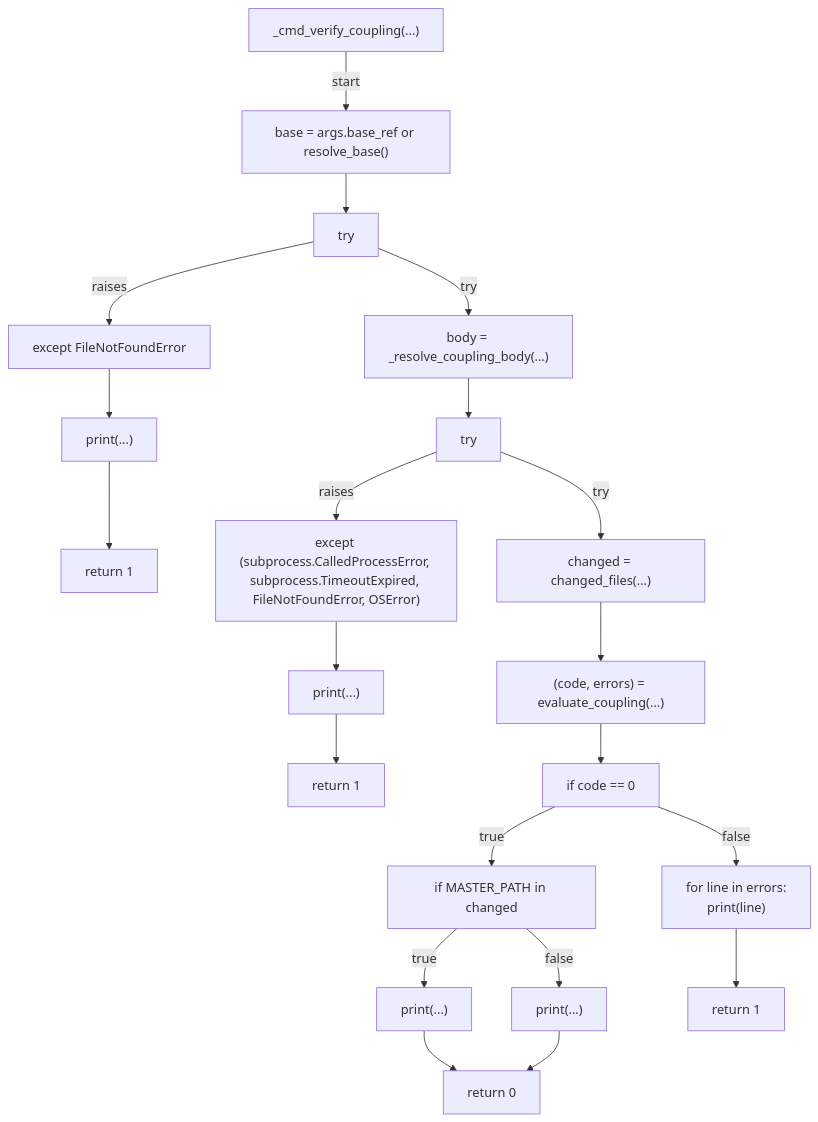
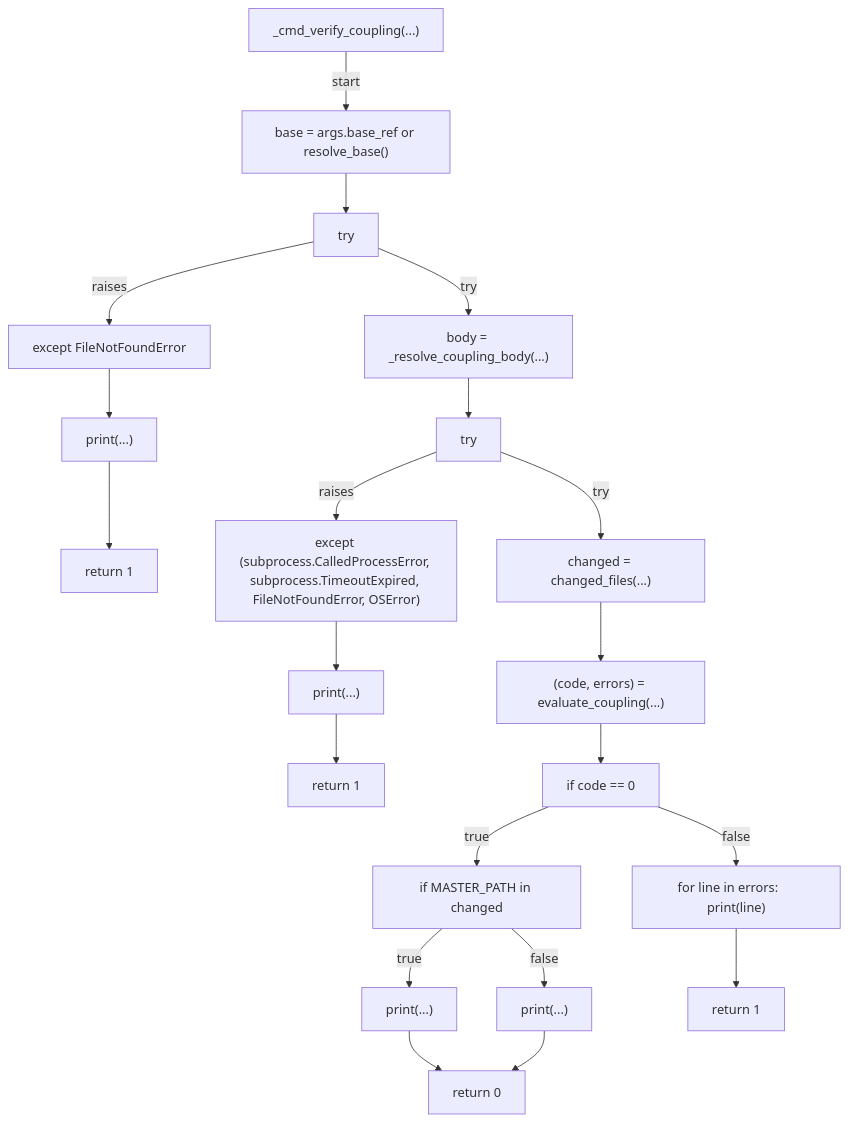
One commit to tvna/claude-md changed diagram 17 of 20 in docs/generated/scripts/ast/scan_design_philosophy_drift.md. Above: the diagram before and after it, drawn with Mermaid. The commit also changed other lines of this file and 29 other files, not shown here.

First line of the commit message:
docs(generated): regenerate decision tree and workflow diagrams (batch 3/5)

````diff
--- a/docs/generated/scripts/ast/scan_design_philosophy_drift.md
+++ b/docs/generated/scripts/ast/scan_design_philosophy_drift.md
@@ -370,44 +332,43 @@
 ```mermaid
 flowchart TD
     N001["_cmd_verify_coupling(...)"]
     N002["base = args.base_ref or resolve_base()"]
     N003["try"]
     N004["body = _resolve_coupling_body(...)"]
     N005["except FileNotFoundError"]
     N006["print(...)"]
     N007["return 1"]
     N008["try"]
     N009["changed = changed_files(...)"]
     N010["except (subprocess.CalledProcessError, subprocess.TimeoutExpired, FileNotFoundError, OSError)"]
     N011["print(...)"]
     N012["return 1"]
     N013["(code, errors) = evaluate_coupling(...)"]
     N014["if code == 0"]
     N015["if MASTER_PATH in changed"]
     N016["print(...)"]
     N017["print(...)"]
     N018["return 0"]
-    N019["for line in errors:
-    print(line)"]
+    N019["for line in errors:     print(line)"]
     N020["return 1"]
     N001 -->|"start"| N002
     N002 --> N003
     N003 -->|"try"| N004
     N003 -->|"raises"| N005
     N005 --> N006
     N006 --> N007
     N004 --> N008
     N008 -->|"try"| N009
     N008 -->|"raises"| N010
     N010 --> N011
     N011 --> N012
     N009 --> N013
     N013 --> N014
     N014 -->|"true"| N015
     N015 -->|"true"| N016
     N015 -->|"false"| N017
     N016 --> N018
     N017 --> N018
     N014 -->|"false"| N019
     N019 --> N020
 ```
````
